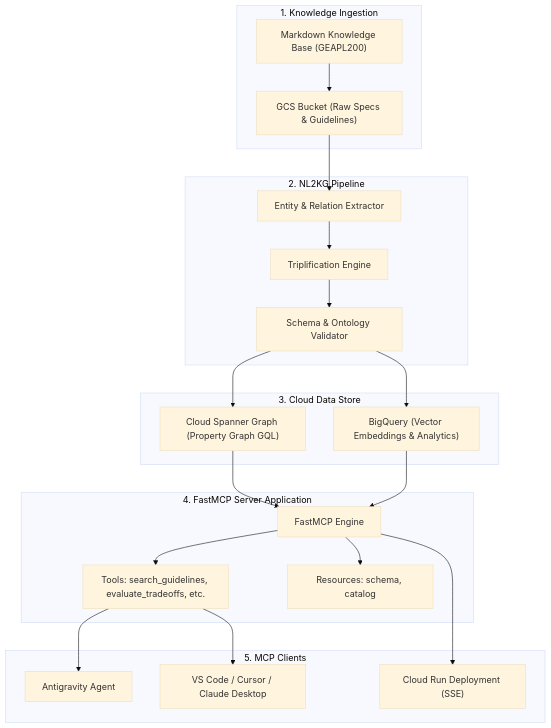
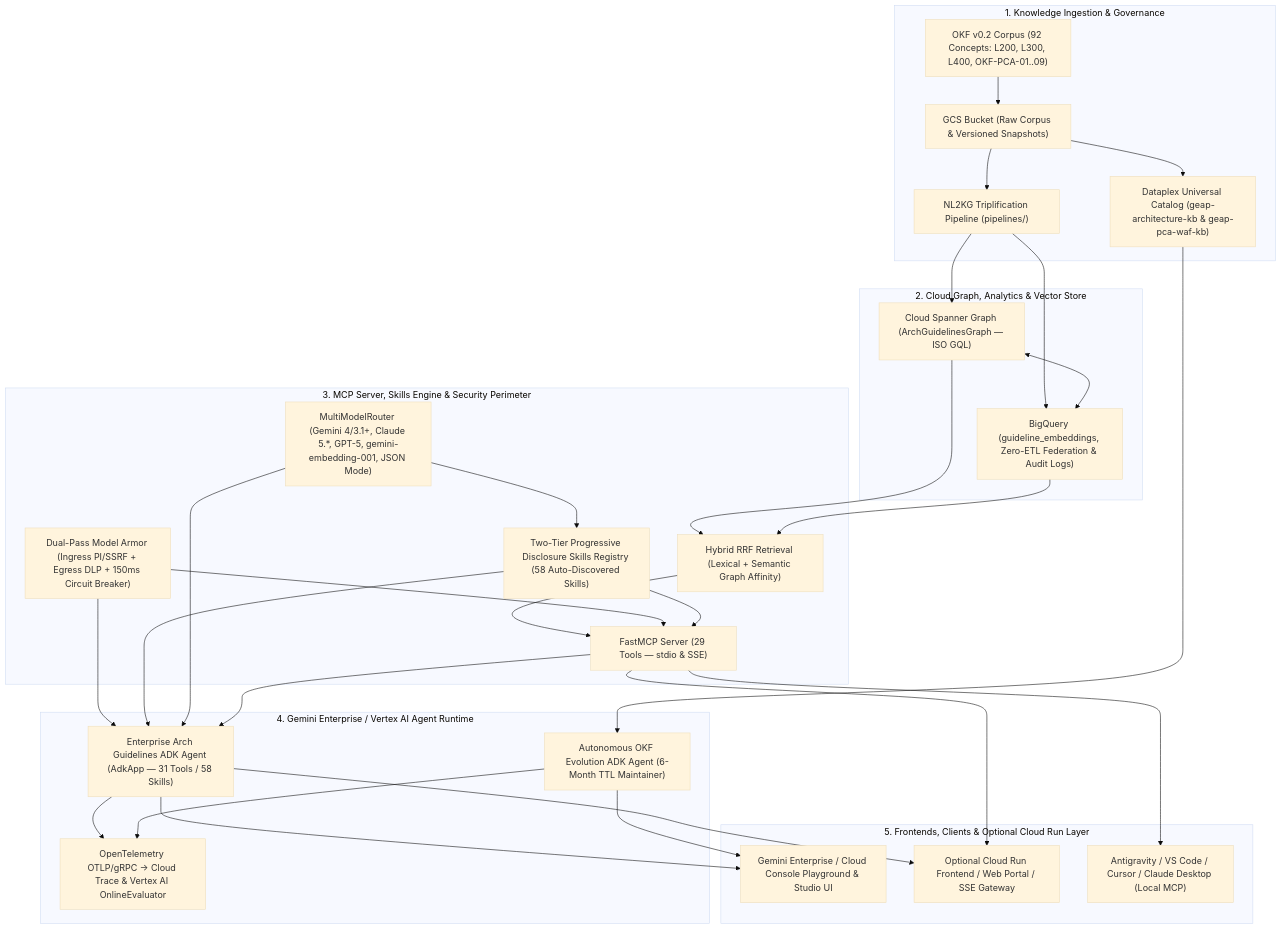
The diagram in docs/architecture.md (prdmohangoogley/gea-agents-arch-guidelines-mcp-server), drawn with Mermaid (base theme) before and after one commit. The commit also changed other lines of this file, not shown here.

Commit message:
docs: update docs/architecture.md with Gemini Enterprise MCP/ADK deployment, optional Cloud Run frontend layer, 58 skills, and live telemetry

````diff
--- a/docs/architecture.md
+++ b/docs/architecture.md
@@ -8,46 +13,62 @@
 ```mermaid
 graph TD
-    subgraph KnowledgeSources["1. Knowledge Ingestion"]
-        KD["Markdown Knowledge Base (GEAPL200)"]
-        GCS_RAW["GCS Bucket (Raw Specs & Guidelines)"]
+    subgraph KnowledgeSources["1. Knowledge Ingestion & Governance"]
+        OKF["OKF v0.2 Corpus (92 Concepts: L200, L300, L400, OKF-PCA-01..09)"]
+        GCS_RAW["GCS Bucket (Raw Corpus & Versioned Snapshots)"]
+        DATAPLEX["Dataplex Universal Catalog (geap-architecture-kb & geap-pca-waf-kb)"]
+        NL2KG["NL2KG Triplification Pipeline (pipelines/)"]
     end
 
-    subgraph Pipeline["2. NL2KG Pipeline"]
-        EXT["Entity & Relation Extractor"]
-        TRIP["Triplification Engine"]
-        VAL["Schema & Ontology Validator"]
+    subgraph Storage["2. Cloud Graph, Analytics & Vector Store"]
+        SPANNER["Cloud Spanner Graph (ArchGuidelinesGraph — ISO GQL)"]
+        BQ["BigQuery (guideline_embeddings, Zero-ETL Federation & Audit Logs)"]
     end
 
-    subgraph Storage["3. Cloud Data Store"]
-        SPANNER["Cloud Spanner Graph (Property Graph GQL)"]
-        BQ["BigQuery (Vector Embeddings & Analytics)"]
+    subgraph CorePlatform["3. MCP Server, Skills Engine & Security Perimeter"]
+        MA["Dual-Pass Model Armor (Ingress PI/SSRF + Egress DLP + 150ms Circuit Breaker)"]
+        FASTMCP["FastMCP Server (29 Tools — stdio & SSE)"]
+        SKILLS["Two-Tier Progressive Disclosure Skills Registry (58 Auto-Discovered Skills)"]
+        ROUTER["MultiModelRouter (Gemini 4/3.1+, Claude 5.*, GPT-5, gemini-embedding-001, JSON Mode)"]
+        HYBRID["Hybrid RRF Retrieval (Lexical + Semantic Graph Affinity)"]
     end
 
-    subgraph Server["4. FastMCP Server Application"]
-        FASTMCP["FastMCP Engine"]
-        TOOLS["Tools: search_guidelines, evaluate_tradeoffs, etc."]
-        RESOURCES["Resources: schema, catalog"]
+    subgraph GeminiEnterprise["4. Gemini Enterprise / Vertex AI Agent Runtime"]
+        ADK_MAIN["Enterprise Arch Guidelines ADK Agent (AdkApp — 31 Tools / 58 Skills)"]
+        ADK_EVO["Autonomous OKF Evolution ADK Agent (6-Month TTL Maintainer)"]
+        TRACE["OpenTelemetry OTLP/gRPC -> Cloud Trace & Vertex AI OnlineEvaluator"]
     end
 
-    subgraph Clients["5. MCP Clients"]
-        AGENT_AGY["Antigravity Agent"]
-        AGENT_IDE["VS Code / Cursor / Claude Desktop"]
-        CLOUD_RUN["Cloud Run Deployment (SSE)"]
+    subgraph Frontends["5. Frontends, Clients & Optional Cloud Run Layer"]
+        GE_UI["Gemini Enterprise / Cloud Console Playground & Studio UI"]
+        CLOUD_RUN["Optional Cloud Run Frontend / Web Portal / SSE Gateway"]
+        IDE["Antigravity / VS Code / Cursor / Claude Desktop (Local MCP)"]
     end
 
-    KD --> GCS_RAW
-    GCS_RAW --> EXT
-    EXT --> TRIP
-    TRIP --> VAL
-    VAL --> SPANNER
-    VAL --> BQ
+    OKF --> GCS_RAW
+    GCS_RAW --> DATAPLEX
+    GCS_RAW --> NL2KG
+    NL2KG --> SPANNER
+    NL2KG --> BQ
+    SPANNER <--> BQ
 
-    SPANNER --> FASTMCP
-    BQ --> FASTMCP
-    FASTMCP --> TOOLS
-    FASTMCP --> RESOURCES
+    SPANNER --> HYBRID
+    BQ --> HYBRID
+    HYBRID --> FASTMCP
+    MA --> FASTMCP
+    MA --> ADK_MAIN
+    SKILLS --> FASTMCP
+    SKILLS --> ADK_MAIN
+    ROUTER --> SKILLS
+    ROUTER --> ADK_MAIN
 
-    TOOLS --> AGENT_AGY
-    TOOLS --> AGENT_IDE
+    FASTMCP --> ADK_MAIN
+    DATAPLEX --> ADK_EVO
+    ADK_MAIN --> TRACE
+    ADK_EVO --> TRACE
+
+    ADK_MAIN --> GE_UI
+    ADK_EVO --> GE_UI
+    ADK_MAIN --> CLOUD_RUN
     FASTMCP --> CLOUD_RUN
+    FASTMCP --> IDE
 ```
````
